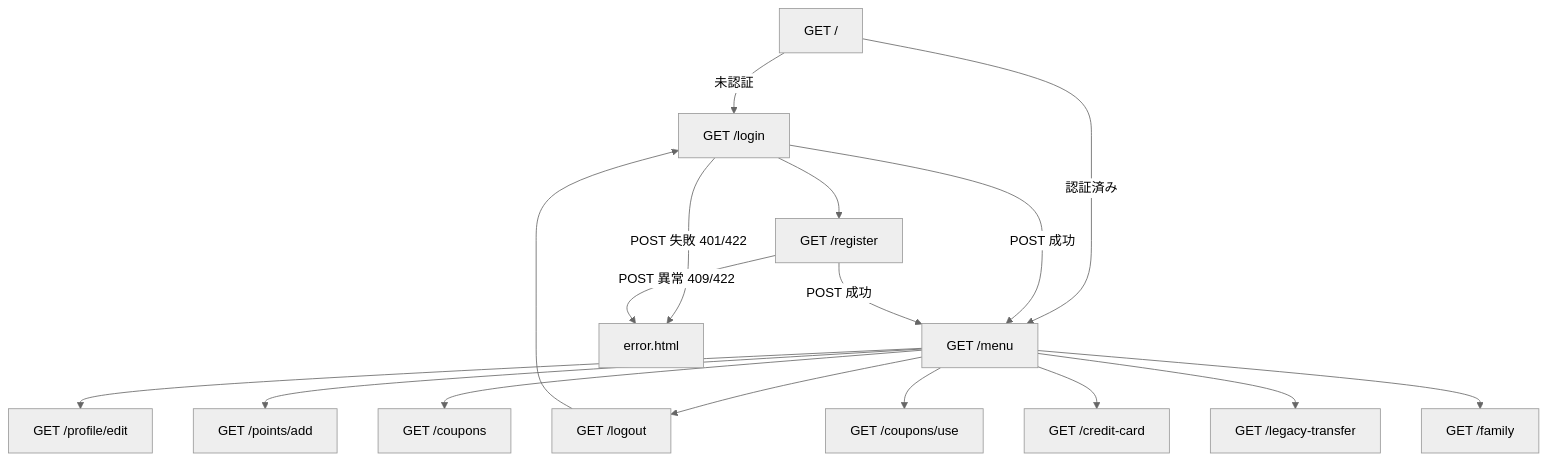
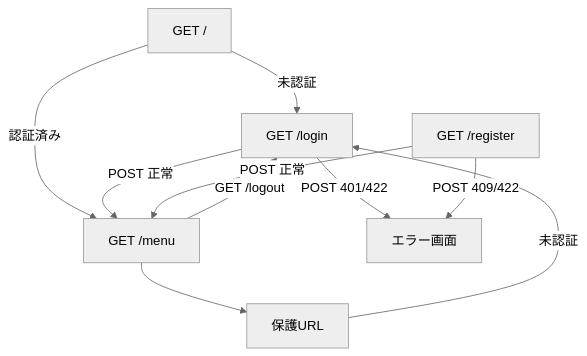
One commit to takuwan149822403/point_integrate_system changed the diagram in reports/run_001/display_difinition.md. Above: the diagram before and after it, drawn with Mermaid (neutral theme). The commit also changed other lines of this file and 90 other files, not shown here.

````diff
--- a/reports/run_001/display_difinition.md
+++ b/reports/run_001/display_difinition.md
@@ -24,19 +23,12 @@
 ```mermaid
 flowchart TD
-    Root[GET /] -->|未認証| Login[GET /login]
-    Root -->|認証済み| Menu[GET /menu]
-    Login -->|POST 成功| Menu
-    Login -->|POST 失敗 401/422| Error[error.html]
-    Login --> Register[GET /register]
-    Register -->|POST 成功| Menu
-    Register -->|POST 異常 409/422| Error
-    Menu --> Logout[GET /logout]
-    Logout --> Login
-    Menu --> Profile[GET /profile/edit]
-    Menu --> Points[GET /points/add]
-    Menu --> Coupons[GET /coupons]
-    Menu --> CouponUse[GET /coupons/use]
-    Menu --> CreditCard[GET /credit-card]
-    Menu --> Legacy[GET /legacy-transfer]
-    Menu --> Family[GET /family]
+  A[GET /] -->|未認証| B[GET /login]
+  A -->|認証済み| C[GET /menu]
+  B -->|POST 正常| C
+  B -->|POST 401/422| E[エラー画面]
+  D[GET /register] -->|POST 正常| C
+  D -->|POST 409/422| E
+  C -->|GET /logout| B
+  C --> F[保護URL]
+  F -->|未認証| B
 ```
````
